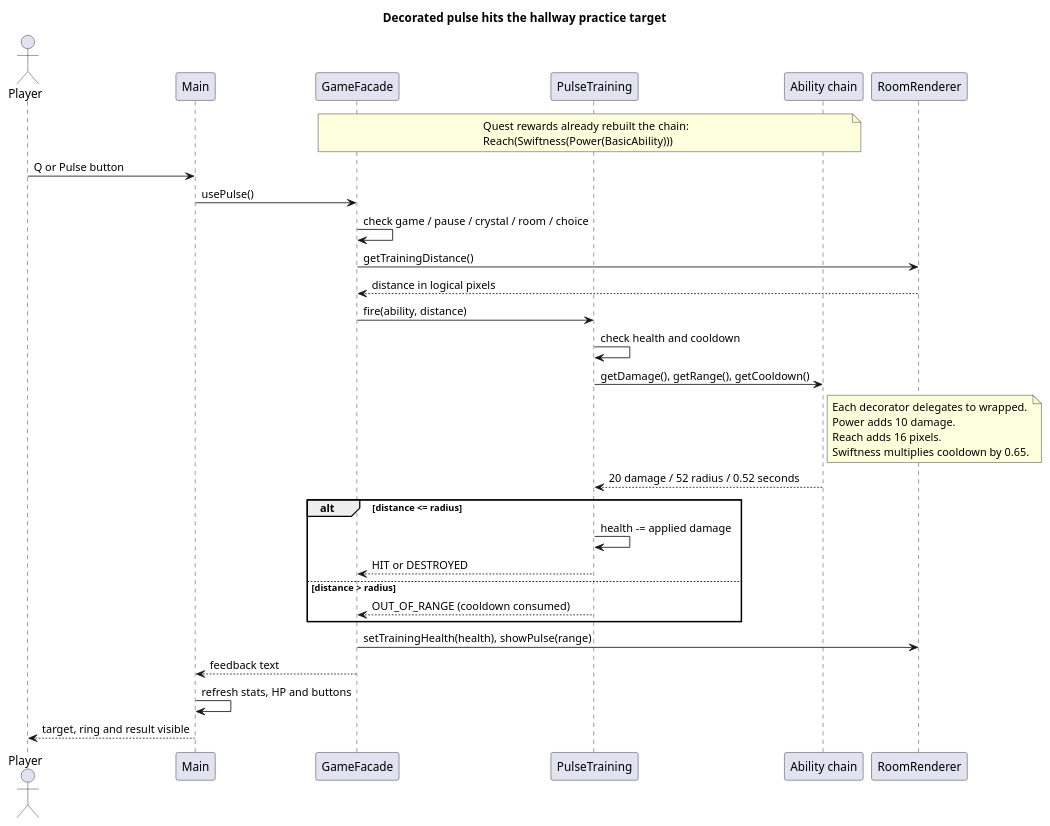
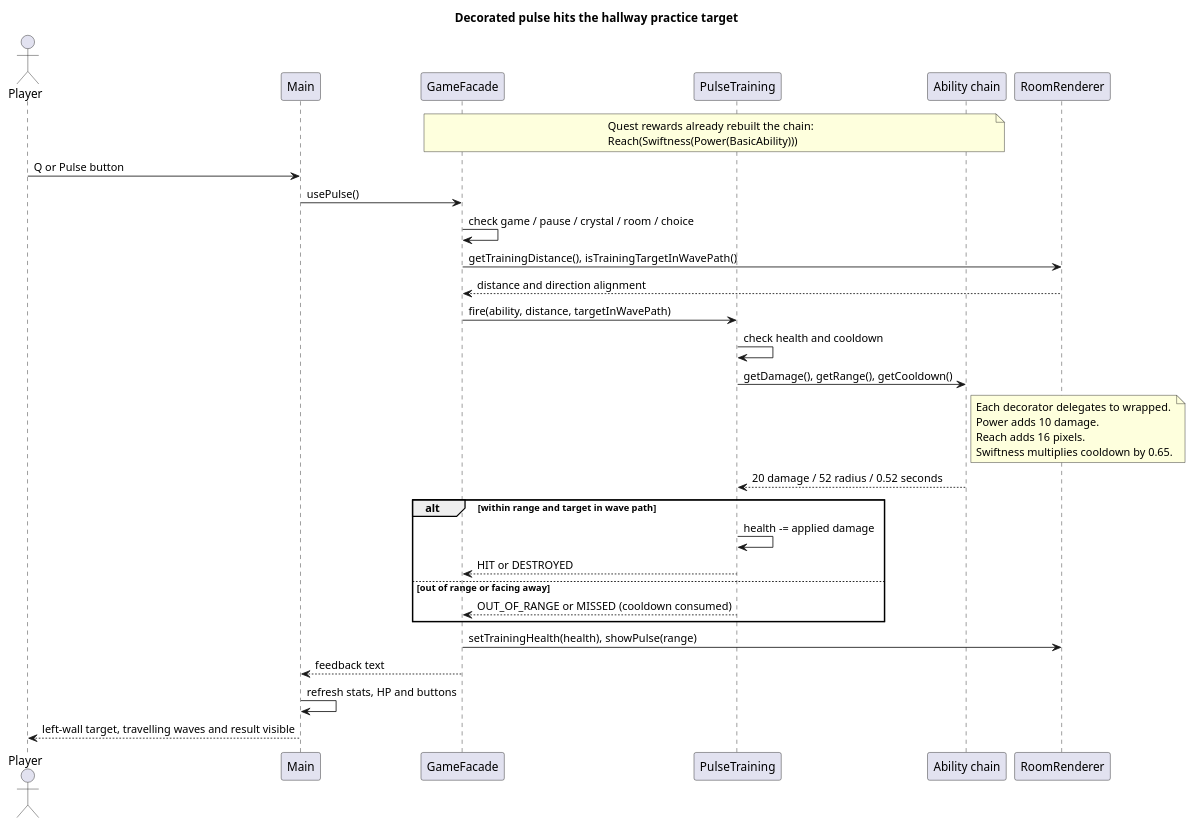
One commit to AruzhM/SDP_Team_Project changed the diagram in docs/decorator-sequence.puml. Above: the diagram before and after it, drawn with PlantUML. The commit also changed 68 other files, not shown here.

```diff
--- a/docs/decorator-sequence.puml
+++ b/docs/decorator-sequence.puml
@@ -1,39 +1,39 @@
 @startuml
 title Decorated pulse hits the hallway practice target
 actor Player
 participant Main
 participant GameFacade
 participant PulseTraining
 participant "Ability chain" as Chain
 participant RoomRenderer
 
 note over GameFacade, Chain
   Quest rewards already rebuilt the chain:
   Reach(Swiftness(Power(BasicAbility)))
 end note
 Player -> Main : Q or Pulse button
 Main -> GameFacade : usePulse()
 GameFacade -> GameFacade : check game / pause / crystal / room / choice
-GameFacade -> RoomRenderer : getTrainingDistance()
-RoomRenderer --> GameFacade : distance in logical pixels
-GameFacade -> PulseTraining : fire(ability, distance)
+GameFacade -> RoomRenderer : getTrainingDistance(), isTrainingTargetInWavePath()
+RoomRenderer --> GameFacade : distance and direction alignment
+GameFacade -> PulseTraining : fire(ability, distance, targetInWavePath)
 PulseTraining -> PulseTraining : check health and cooldown
 PulseTraining -> Chain : getDamage(), getRange(), getCooldown()
 note right of Chain
   Each decorator delegates to wrapped.
   Power adds 10 damage.
   Reach adds 16 pixels.
   Swiftness multiplies cooldown by 0.65.
 end note
 Chain --> PulseTraining : 20 damage / 52 radius / 0.52 seconds
-alt distance <= radius
+alt within range and target in wave path
   PulseTraining -> PulseTraining : health -= applied damage
   PulseTraining --> GameFacade : HIT or DESTROYED
-else distance > radius
-  PulseTraining --> GameFacade : OUT_OF_RANGE (cooldown consumed)
+else out of range or facing away
+  PulseTraining --> GameFacade : OUT_OF_RANGE or MISSED (cooldown consumed)
 end
 GameFacade -> RoomRenderer : setTrainingHealth(health), showPulse(range)
 GameFacade --> Main : feedback text
 Main -> Main : refresh stats, HP and buttons
-Main --> Player : target, ring and result visible
+Main --> Player : left-wall target, travelling waves and result visible
 @enduml
```
